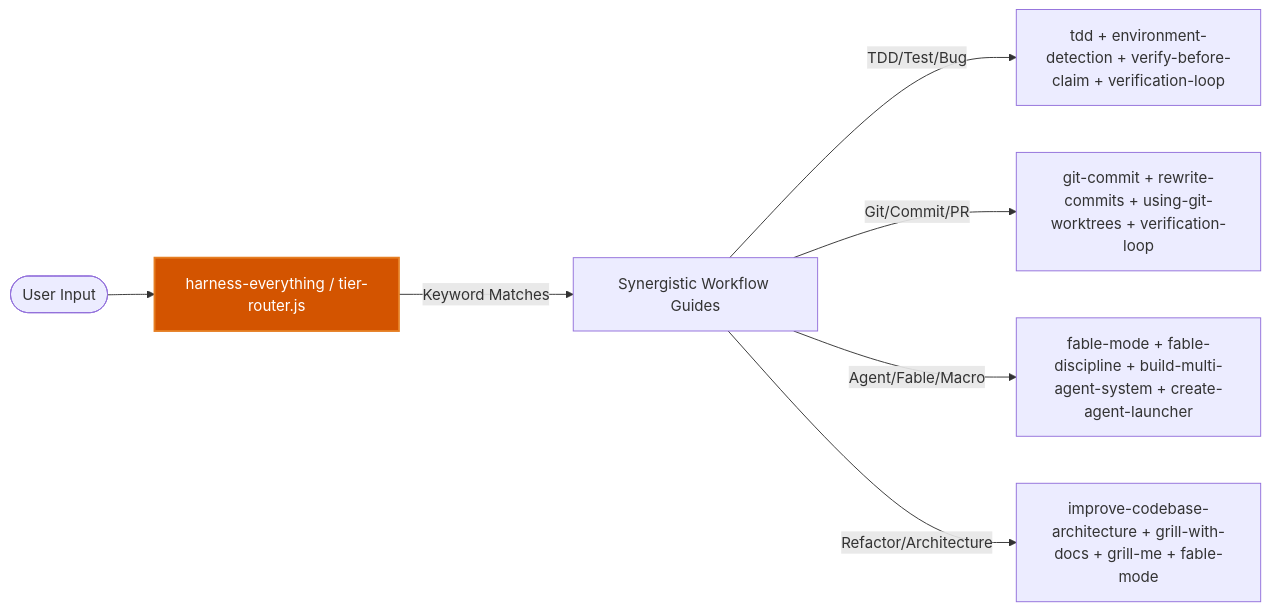
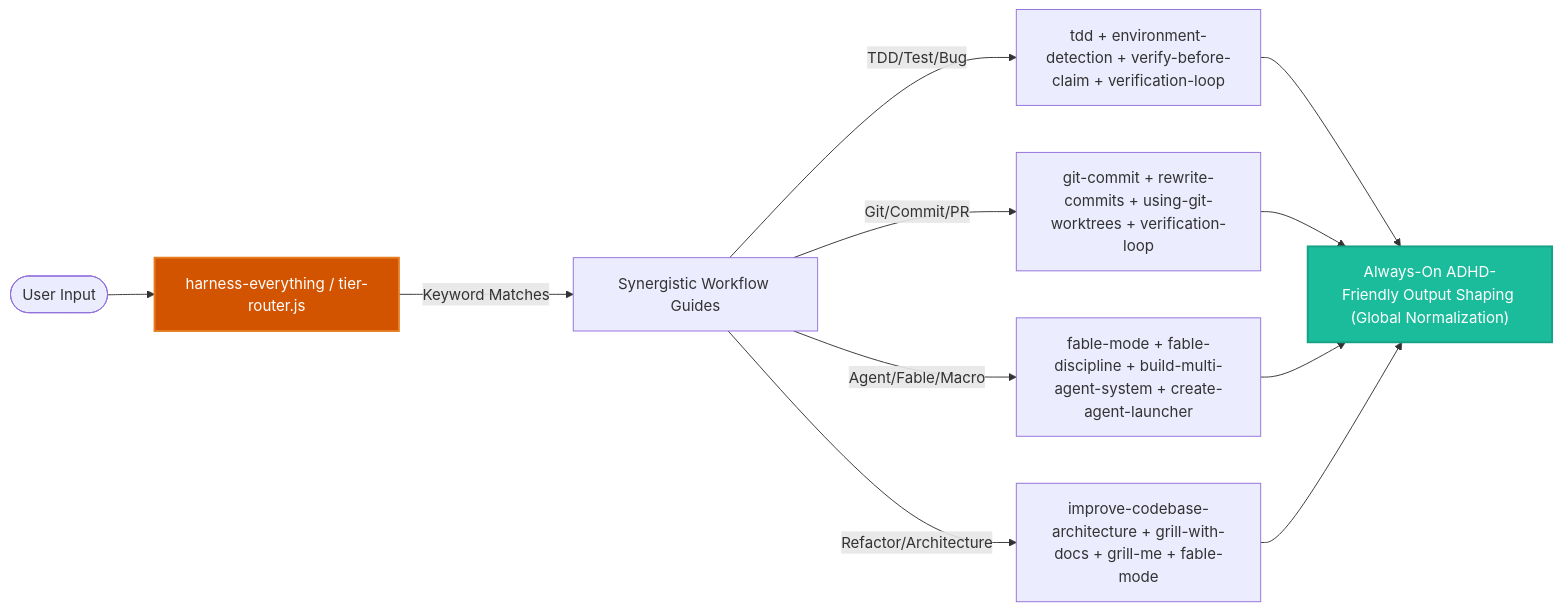
The second of 3 diagrams in docs/workflows/harness-everything.md (dyphn1/Harness-everything), drawn with Mermaid before and after one commit. The commit also changed other lines of this file and 17 other files, not shown here.

````diff
--- a/docs/workflows/harness-everything.md
+++ b/docs/workflows/harness-everything.md
@@ -40,13 +41,19 @@
 ```mermaid
 graph LR
   UserPrompt([User Input]) --> Router["harness-everything / tier-router.js"]
   
   Router -->|Keyword Matches| Guides["Synergistic Workflow Guides"]
   
   Guides -->|TDD/Test/Bug| Ch1["tdd + environment-detection + verify-before-claim + verification-loop"]
   Guides -->|Git/Commit/PR| Ch2["git-commit + rewrite-commits + using-git-worktrees + verification-loop"]
   Guides -->|Agent/Fable/Macro| Ch3["fable-mode + fable-discipline + build-multi-agent-system + create-agent-launcher"]
   Guides -->|Refactor/Architecture| Ch4["improve-codebase-architecture + grill-with-docs + grill-me + fable-mode"]
   
+  Ch1 --> ADHD["Always-On ADHD-Friendly Output Shaping (Global Normalization)"]
+  Ch2 --> ADHD
+  Ch3 --> ADHD
+  Ch4 --> ADHD
+  
   style Router fill:#d35400,stroke:#e67e22,stroke-width:2px,color:#ffffff
+  style ADHD fill:#1abc9c,stroke:#16a085,stroke-width:2px,color:#ffffff
 ```
````
